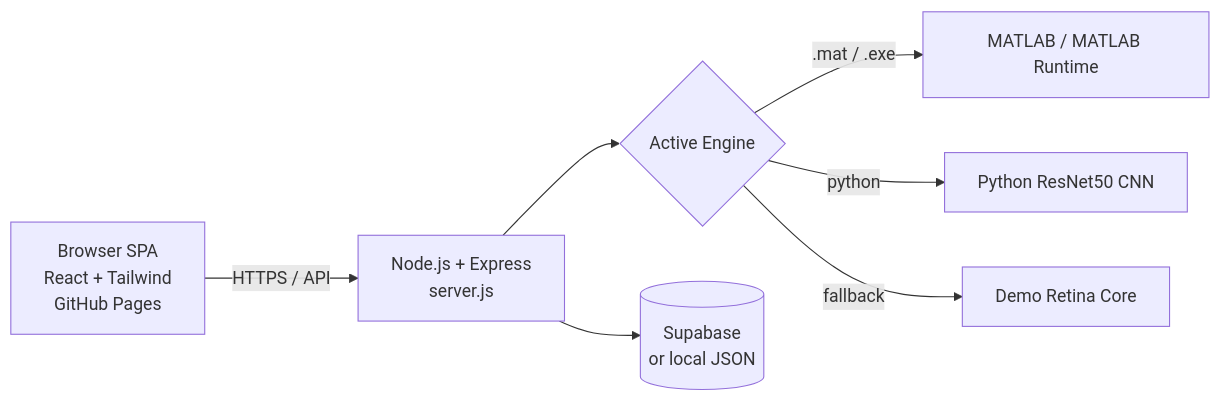
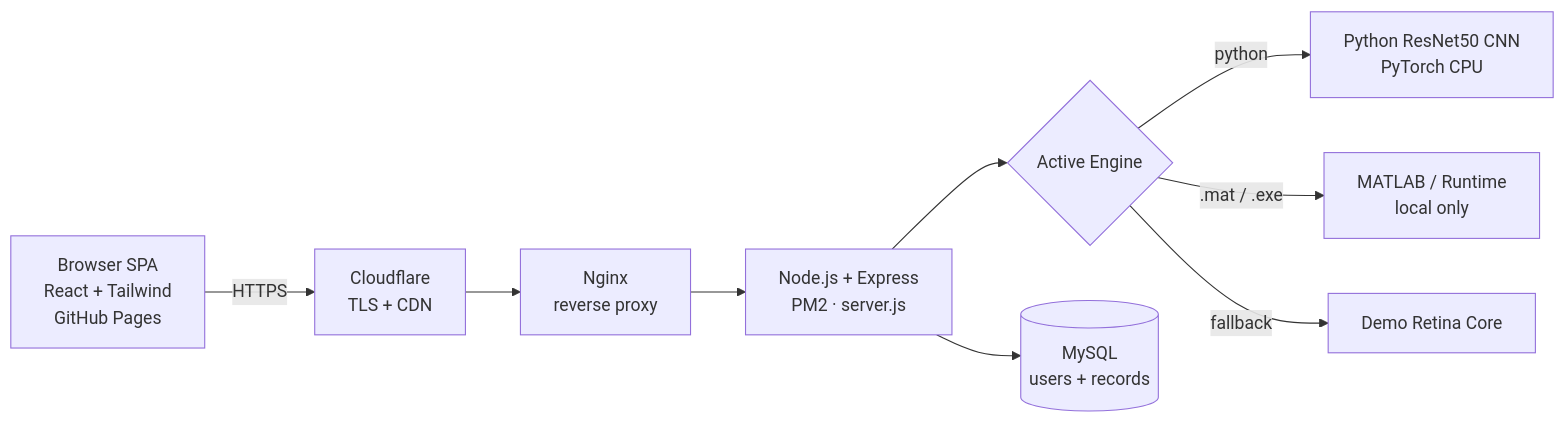
The diagram in README.md (fahmiimrann/calisto.github.io), drawn with Mermaid before and after one commit. The commit also changed other lines of this file and 1 other file, not shown here.

````diff
--- a/README.md
+++ b/README.md
@@ -80,9 +81,11 @@
 ```mermaid
 flowchart LR
-    A[Browser SPA<br/>React + Tailwind<br/>GitHub Pages] -->|HTTPS / API| B[Node.js + Express<br/>server.js]
+    A[Browser SPA<br/>React + Tailwind<br/>GitHub Pages] -->|HTTPS| CF[Cloudflare<br/>TLS + CDN]
+    CF --> NX[Nginx<br/>reverse proxy]
+    NX --> B[Node.js + Express<br/>PM2 · server.js]
     B --> C{Active Engine}
-    C -->|.mat / .exe| D[MATLAB / MATLAB Runtime]
-    C -->|python| E[Python ResNet50 CNN]
+    C -->|python| E[Python ResNet50 CNN<br/>PyTorch CPU]
+    C -->|.mat / .exe| D[MATLAB / Runtime<br/>local only]
     C -->|fallback| F[Demo Retina Core]
-    B --> G[(Supabase<br/>or local JSON)]
+    B --> G[(MySQL<br/>users + records)]
 ```
````
